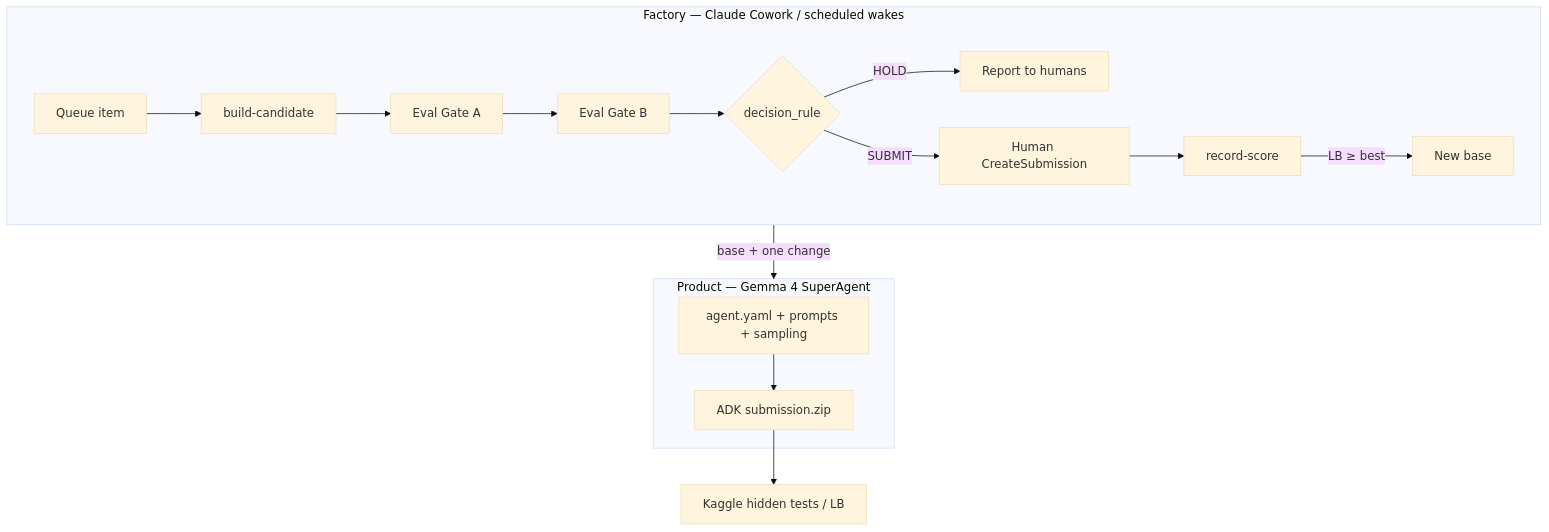
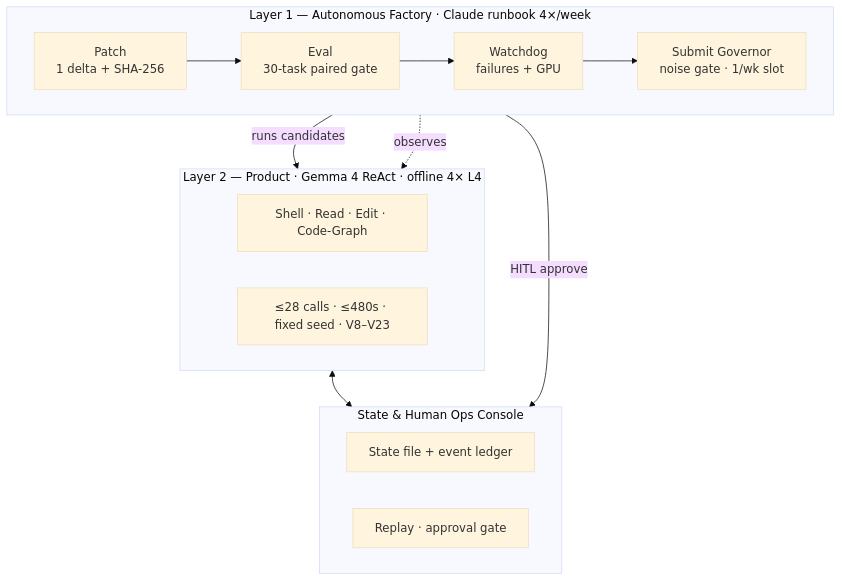
The diagram in README.md (khaosans/noisegate-gemma4-factory), drawn with Mermaid (base theme) before and after one commit. The commit also changed other lines of this file and 9 other files, not shown here.

````diff
--- a/README.md
+++ b/README.md
@@ -29,21 +28,24 @@
 ```mermaid
 flowchart TB
-  subgraph Factory["Factory — Claude Cowork / scheduled wakes"]
-    Q[Queue item] --> B[build-candidate]
-    B --> GA[Eval Gate A]
-    GA --> GB[Eval Gate B]
-    GB --> DR{decision_rule}
-    DR -->|HOLD| H[Report to humans]
-    DR -->|SUBMIT| S[Human CreateSubmission]
-    S --> R[record-score]
-    R -->|LB ≥ best| NB[New base]
+  subgraph L1["Layer 1 — Autonomous Factory · Claude runbook 4×/week"]
+    direction LR
+    P[Patch<br/>1 delta + SHA-256] --> E[Eval<br/>30-task paired gate]
+    E --> W[Watchdog<br/>failures + GPU]
+    W --> G[Submit Governor<br/>noise gate · 1/wk slot]
   end
 
-  subgraph Product["Product — Gemma 4 SuperAgent"]
-    AY[agent.yaml + prompts + sampling]
-    AY --> ZIP[ADK submission.zip]
+  subgraph L2["Layer 2 — Product · Gemma 4 ReAct · offline 4× L4"]
+    T[Shell · Read · Edit · Code-Graph]
+    C["≤28 calls · ≤480s · fixed seed · V8–V23"]
   end
 
-  Factory -->|base + one change| Product
-  ZIP --> K[Kaggle hidden tests / LB]
+  subgraph Ops["State & Human Ops Console"]
+    S[State file + event ledger]
+    H[Replay · approval gate]
+  end
+
+  E -->|runs candidates| L2
+  W -.->|observes| L2
+  G -->|HITL approve| Ops
+  L2 <--> Ops
 ```
````
